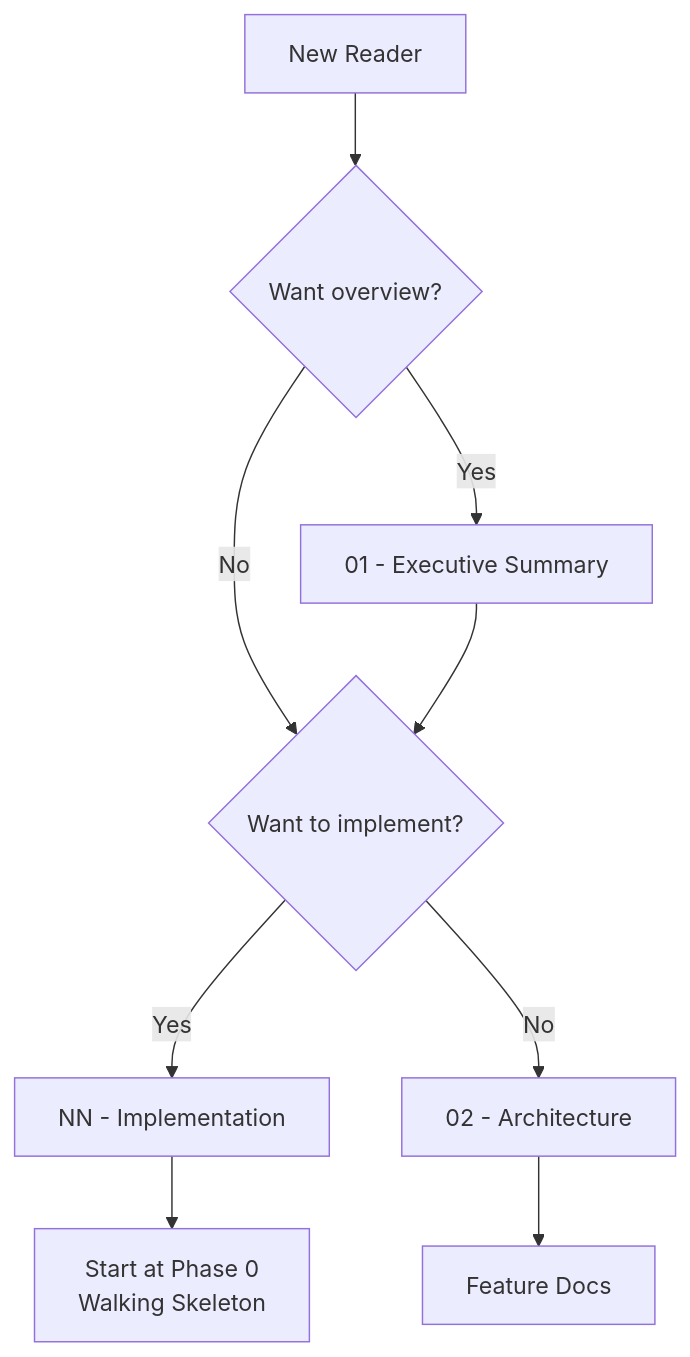
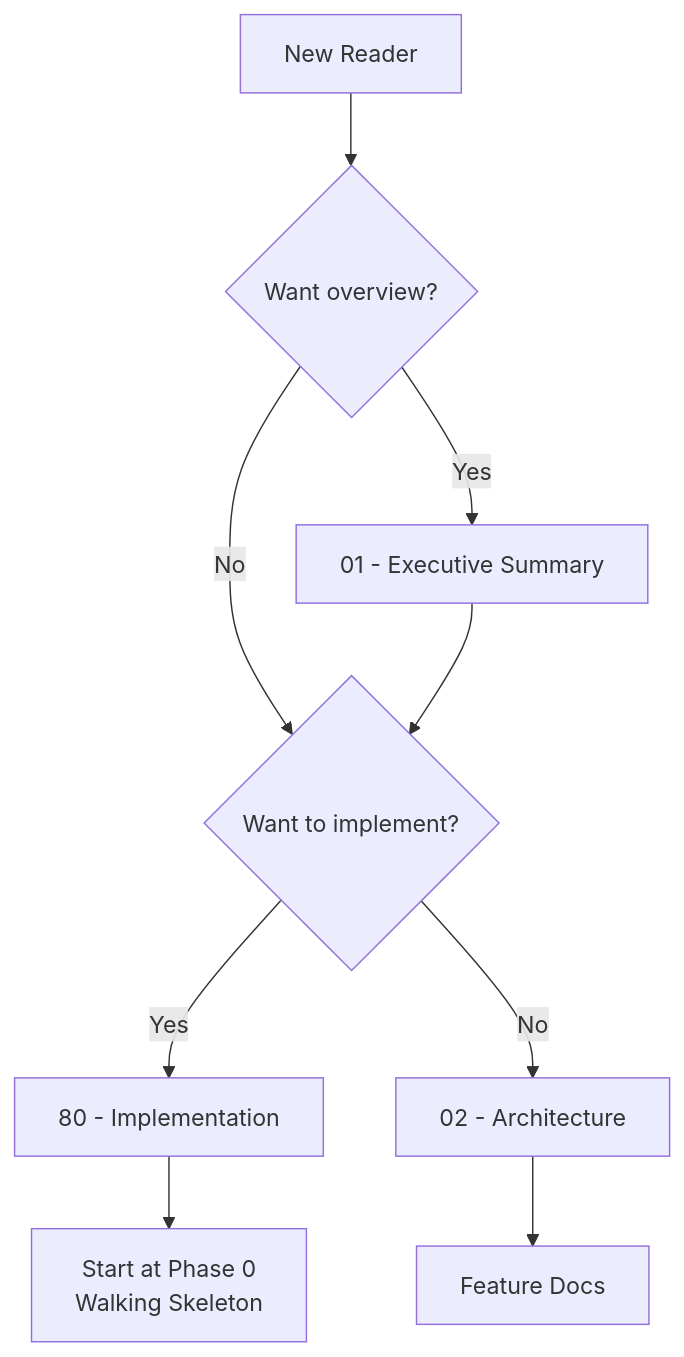
One commit to AI-Driven-Highspeed-Development/instruction_core changed the diagram in data/.agent_plan/day_dream/templates/blueprint/00_index.template.md. Above: the diagram before and after it, drawn with Mermaid. The commit also changed other lines of this file and 3 other files, not shown here.

````diff
--- a/data/.agent_plan/day_dream/templates/blueprint/00_index.template.md
+++ b/data/.agent_plan/day_dream/templates/blueprint/00_index.template.md
@@ -82,14 +82,14 @@
 ```mermaid
 flowchart TD
     START[New Reader] --> Q1{Want overview?}
     Q1 -->|Yes| ES[01 - Executive Summary]
     Q1 -->|No| Q2{Want to implement?}
     
     ES --> Q2
     
-    Q2 -->|Yes| IMPL[NN - Implementation]
+    Q2 -->|Yes| IMPL[80 - Implementation]
     IMPL --> P0[Start at Phase 0<br/>Walking Skeleton]
     
     Q2 -->|No| ARCH[02 - Architecture]
     ARCH --> FEAT[Feature Docs]
 ```
````
